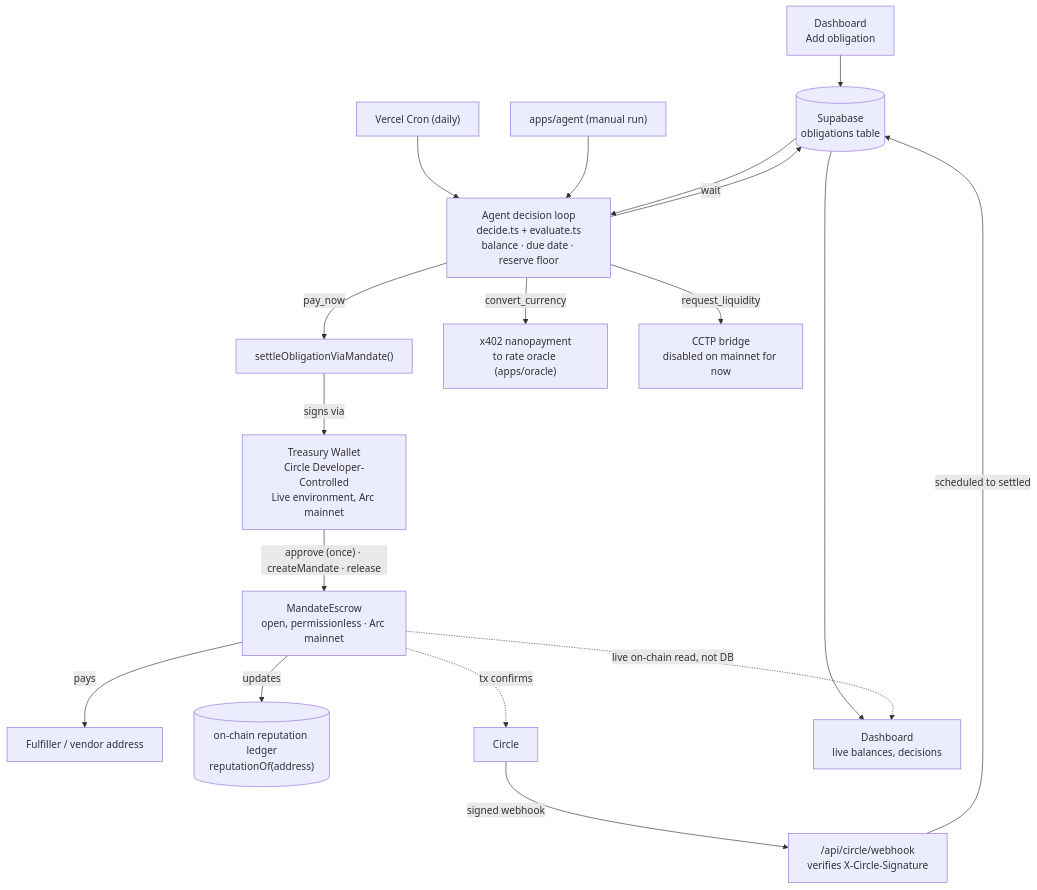
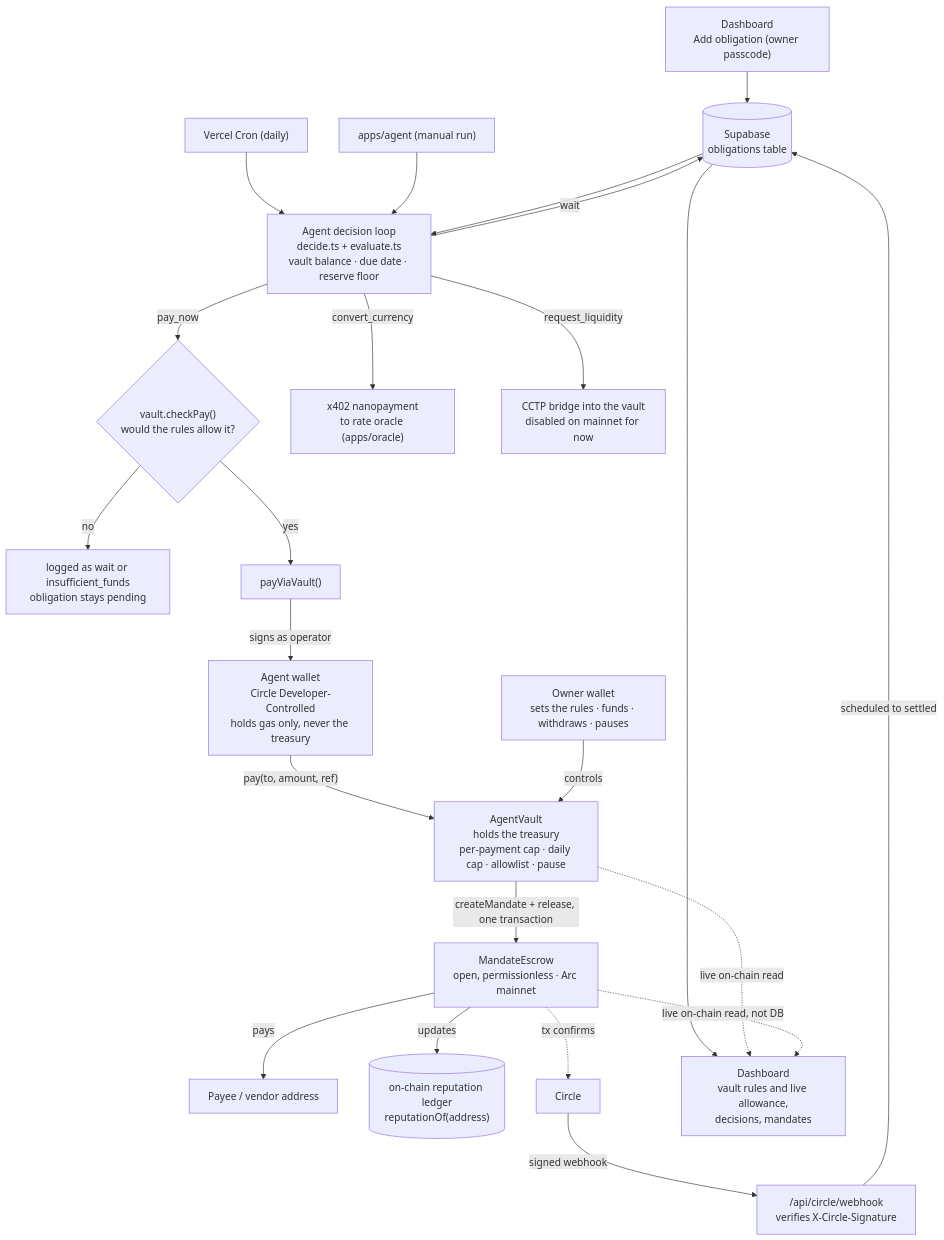
The diagram in README.md (angelraph/arcurrent), drawn with Mermaid before and after one commit. The commit also changed other lines of this file and 9 other files, not shown here.

````diff
--- a/README.md
+++ b/README.md
@@ -3,25 +3,30 @@
 ```mermaid
 flowchart TD
-    U["Dashboard<br/>Add obligation"] --> DB[("Supabase<br/>obligations table")]
+    U["Dashboard<br/>Add obligation (owner passcode)"] --> DB[("Supabase<br/>obligations table")]
     CRON["Vercel Cron (daily)"] --> LOOP
     MANUAL["apps/agent (manual run)"] --> LOOP
-    DB --> LOOP["Agent decision loop<br/>decide.ts + evaluate.ts<br/>balance · due date · reserve floor"]
+    DB --> LOOP["Agent decision loop<br/>decide.ts + evaluate.ts<br/>vault balance · due date · reserve floor"]
 
-    LOOP -->|pay_now| SETTLE["settleObligationViaMandate()"]
+    LOOP -->|pay_now| GATE{"vault.checkPay()<br/>would the rules allow it?"}
+    GATE -->|no| HOLD["logged as wait or insufficient_funds<br/>obligation stays pending"]
+    GATE -->|yes| SETTLE["payViaVault()"]
     LOOP -->|convert_currency| ORACLE["x402 nanopayment<br/>to rate oracle (apps/oracle)"]
-    LOOP -->|request_liquidity| BRIDGE["CCTP bridge<br/>disabled on mainnet for now"]
+    LOOP -->|request_liquidity| BRIDGE["CCTP bridge into the vault<br/>disabled on mainnet for now"]
     LOOP -->|wait| DB
 
-    SETTLE -->|signs via| WALLET["Treasury Wallet<br/>Circle Developer-Controlled<br/>Live environment, Arc mainnet"]
-    WALLET -->|"approve (once) · createMandate · release"| MANDATE["MandateEscrow<br/>open, permissionless · Arc mainnet"]
+    SETTLE -->|signs as operator| WALLET["Agent wallet<br/>Circle Developer-Controlled<br/>holds gas only, never the treasury"]
+    WALLET -->|"pay(to, amount, ref)"| VAULT["AgentVault<br/>holds the treasury<br/>per-payment cap · daily cap · allowlist · pause"]
+    OWNER["Owner wallet<br/>sets the rules · funds · withdraws · pauses"] -->|controls| VAULT
+    VAULT -->|"createMandate + release, one transaction"| MANDATE["MandateEscrow<br/>open, permissionless · Arc mainnet"]
 
-    MANDATE -->|pays| FULFILLER["Fulfiller / vendor address"]
+    MANDATE -->|pays| FULFILLER["Payee / vendor address"]
     MANDATE -->|updates| REP[("on-chain reputation ledger<br/>reputationOf(address)")]
 
     MANDATE -.->|tx confirms| CW["Circle"]
     CW -->|signed webhook| WEBHOOK["/api/circle/webhook<br/>verifies X-Circle-Signature"]
     WEBHOOK -->|scheduled to settled| DB
 
-    DB --> DASH["Dashboard<br/>live balances, decisions"]
+    DB --> DASH["Dashboard<br/>vault rules and live allowance,<br/>decisions, mandates"]
+    VAULT -.->|live on-chain read| DASH
     MANDATE -.->|live on-chain read, not DB| DASH
 ```
````
